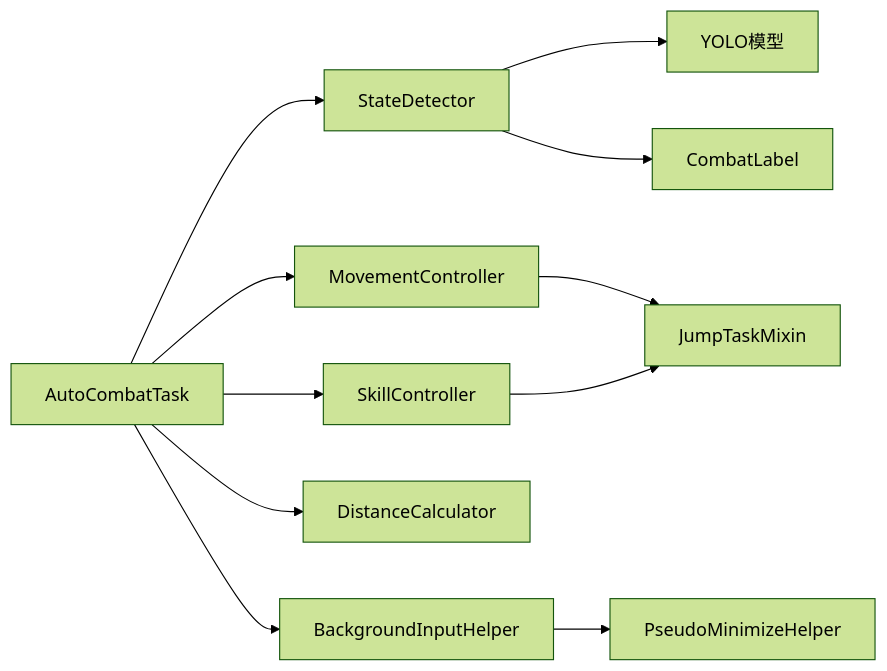
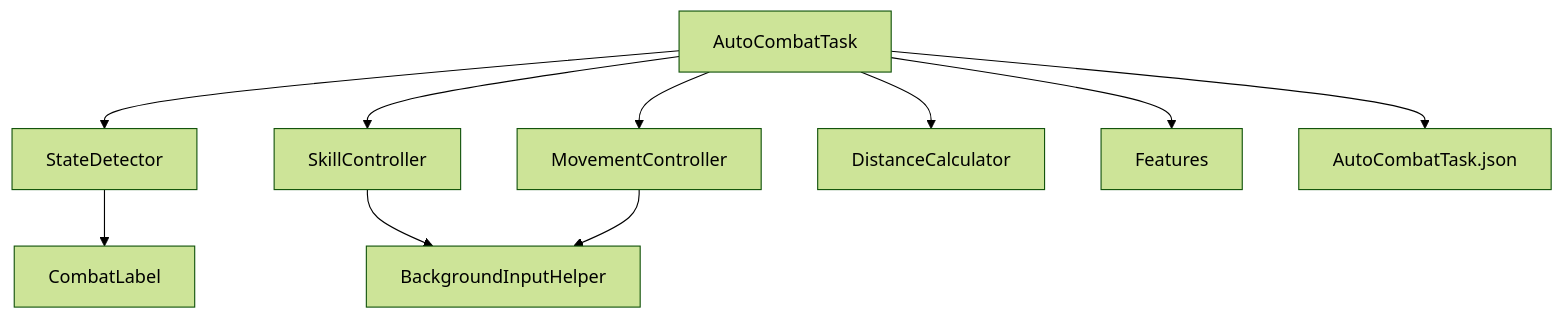
One commit to xsy098-max/ok-jump changed the eighth of 8 diagrams in .qoder/repowiki/zh/content/任务系统/自动战斗任务.md. Above: the diagram before and after it, drawn with Mermaid (forest theme). The commit also changed other lines of this file and 216 other files, not shown here.

````diff
--- a/.qoder/repowiki/zh/content/任务系统/自动战斗任务.md
+++ b/.qoder/repowiki/zh/content/任务系统/自动战斗任务.md
@@ -387,13 +400,12 @@
 ```mermaid
-graph LR
+graph TB
 ACT["AutoCombatTask"] --> SD["StateDetector"]
+ACT --> SC["SkillController"]
 ACT --> MC["MovementController"]
-ACT --> SC["SkillController"]
 ACT --> DC["DistanceCalculator"]
-ACT --> BIH["BackgroundInputHelper"]
-SD --> YO["YOLO模型"]
 SD --> CL["CombatLabel"]
-MC --> Mix["JumpTaskMixin"]
-SC --> Mix
-BIH --> PMH["PseudoMinimizeHelper"]
+SC --> BIH["BackgroundInputHelper"]
+MC --> BIH
+ACT --> FEAT["Features"]
+ACT --> CFG["AutoCombatTask.json"]
 ```
````
